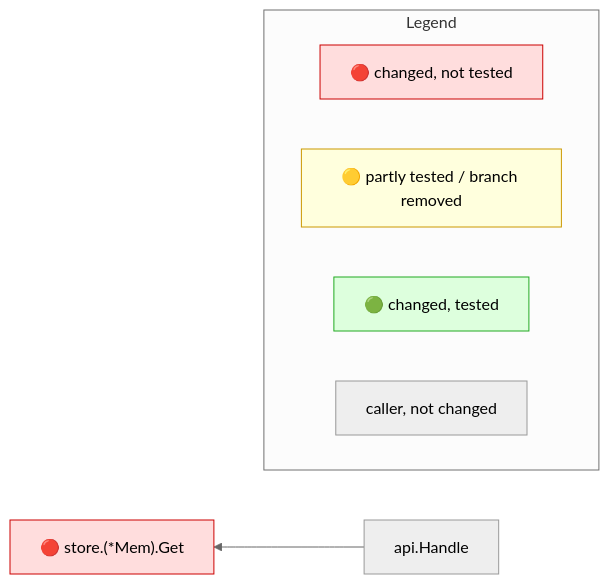
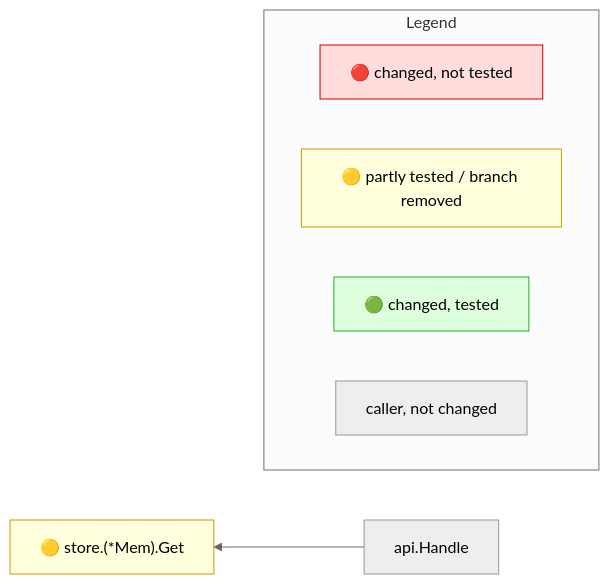
Before and after one commit to Kevinbarrero/mr-impact: the diagram in testdata/e2e/interface_call/expected.golden.md, drawn with Mermaid (neutral theme). The commit also changed other lines of this file and 32 other files, not shown here.

````diff
--- a/testdata/e2e/interface_call/expected.golden.md
+++ b/testdata/e2e/interface_call/expected.golden.md
@@ -11,16 +11,16 @@
 ```mermaid
 flowchart RL
-  n0["🔴 store.(*Mem).Get"]:::red
+  n0["🟡 store.(*Mem).Get"]:::yellow
   n1["api.Handle"]
   n1 --> n0
   subgraph legend ["Legend"]
     direction LR
     lr["🔴 changed, not tested"]:::red
     ly["🟡 partly tested / branch removed"]:::yellow
     lg["🟢 changed, tested"]:::green
     lc["caller, not changed"]
   end
   classDef red fill:#fdd,stroke:#c00
   classDef yellow fill:#ffd,stroke:#c90
   classDef green fill:#dfd,stroke:#2a2
 ```
````
